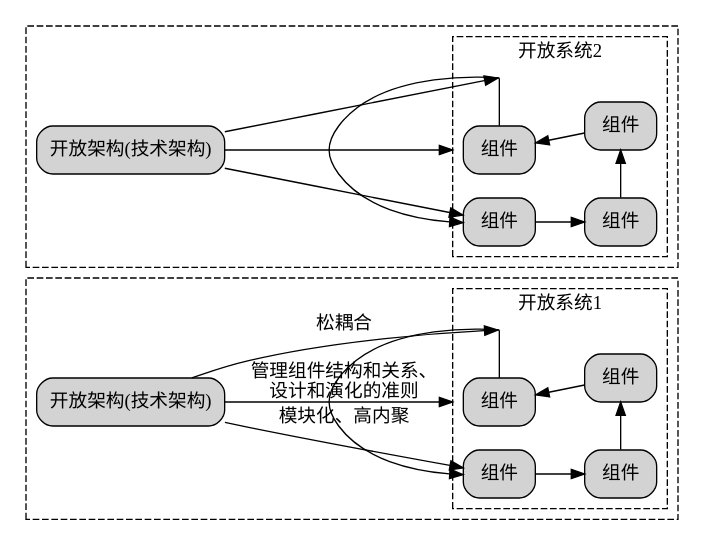
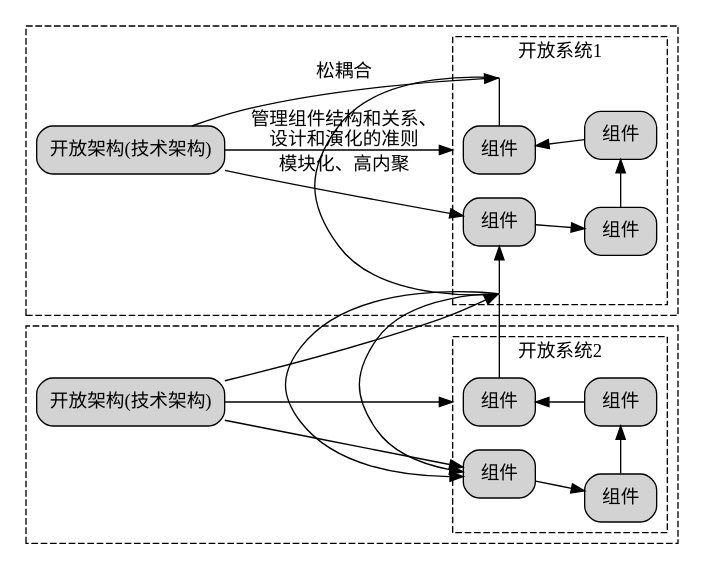
Before and after one commit to chaozhang2000/soa: the diagram in parts/definition1.dot, drawn with Graphviz. The commit also changed 2 other files, not shown here.

```diff
--- a/parts/definition1.dot
+++ b/parts/definition1.dot
@@ -1,63 +1,65 @@
 digraph G {
   graph [rankdir=LR,compound=true];
   node [shape=box, style="rounded,filled"];
   
   subgraph cluster1{
     label="";
 	style = dashed;
     
     subgraph cluster_system1{
       label="开放系统1"
       node1[label="组件"]
       node2[label="组件"] 
       node3[label="组件"]
       node4[label="组件"]
       
       // 创建不可见节点
       invis_node1 [shape=point, width=0, height=0, label=""]
+      invis_node2 [shape=point, width=0, height=0, label=""]
       
       // 重新连接节点，在node1和node2之间插入不可见节点
       node1 -> node2
       node2 -> node3
       node3 -> node4
       node4 -> invis_node1 [dir=none]  // dir=none 表示没有箭头
-      invis_node1 -> node1
+      invis_node1-> invis_node2 [dir=none]  // dir=none 表示没有箭头
+      invis_node2 -> node1
       
-      {rank=same;node1;node4;invis_node1}
+      {rank=same;node1;node4;invis_node1;invis_node2}
       {rank=same;node2;node3}
     }
   TA1[label="开放架构(技术架构)"]
   TA1->node1[label="模块化、高内聚"]
   TA1->invis_node1[label="松耦合"]
   TA1->node4[label="管理组件结构和关系、\n设计和演化的准则",lhead="cluster_system1"]
 }
   subgraph cluster2{
     label="";
 	style = dashed;
     
     subgraph cluster_system2{
       label="开放系统2"
       node5[label="组件"]
       node6[label="组件"] 
       node7[label="组件"]
       node8[label="组件"]
       
       // 创建不可见节点
       invis_node2 [shape=point, width=0, height=0, label=""]
       
       // 重新连接节点，在node5和node6之间插入不可见节点
       node5 -> node6
       node6 -> node7
       node7 -> node8
       node8 -> invis_node2 [dir=none]  // dir=none 表示没有箭头
       invis_node2 -> node5
       
       {rank=same;node5;node8;invis_node2}
       {rank=same;node6;node7}
     }
   TA2[label="开放架构(技术架构)"]
   TA2->node5
   TA2->invis_node2
   TA2->node8[lhead="cluster_system2"]
   }
 }
```
